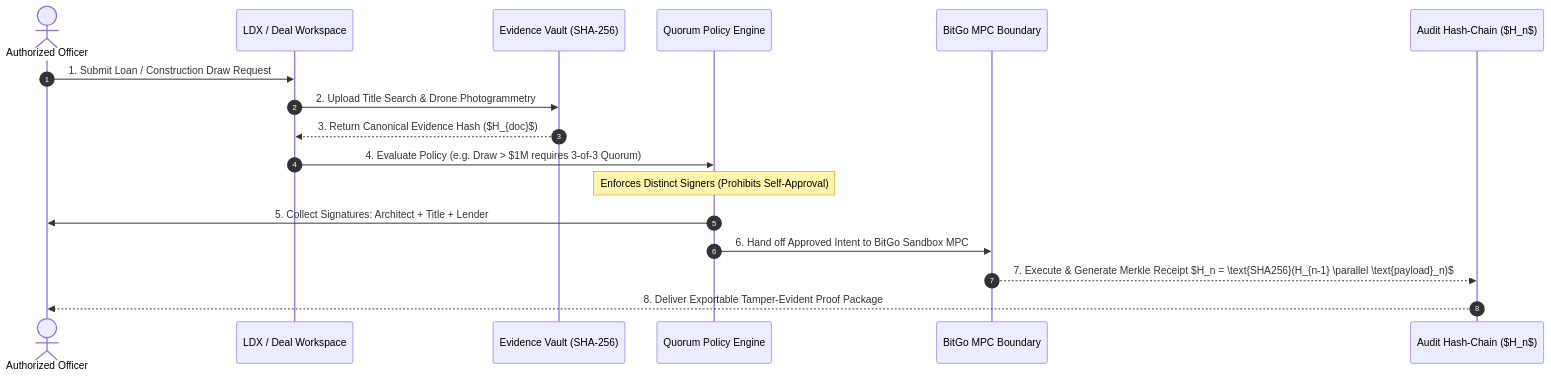
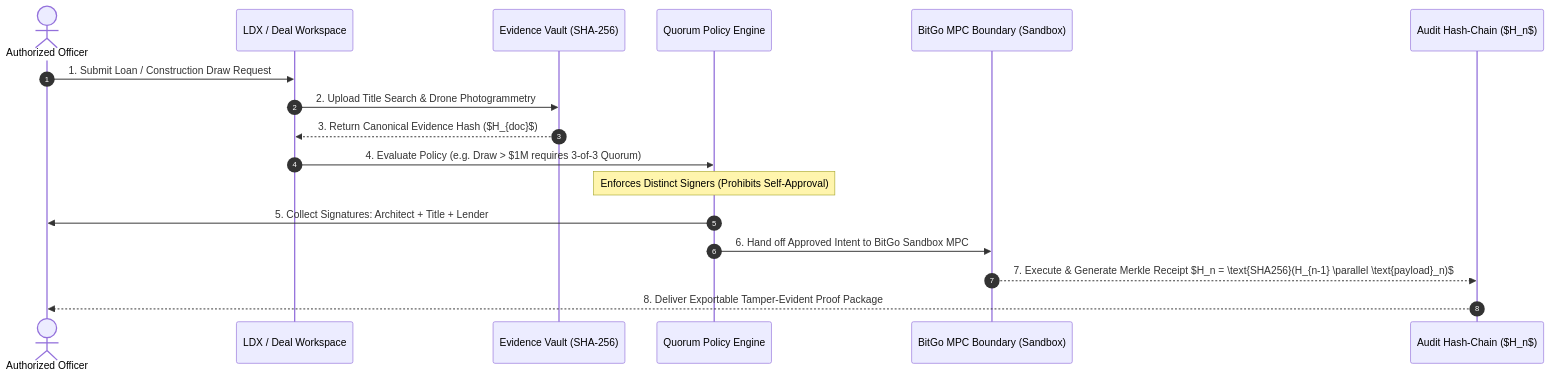
Before and after one commit to FTHTrading/whitelabel: the second of 3 diagrams in README.md, drawn with Mermaid. The commit also changed other lines of this file and 14 other files, not shown here.

````diff
--- a/README.md
+++ b/README.md
@@ -85,20 +90,20 @@
 ```mermaid
 sequenceDiagram
     autonumber
     actor Officer as Authorized Officer
     participant Desk as LDX / Deal Workspace
     participant Evidence as Evidence Vault (SHA-256)
     participant Policy as Quorum Policy Engine
-    participant Custody as BitGo MPC Boundary
+    participant Custody as BitGo MPC Boundary (Sandbox)
     participant Ledger as Audit Hash-Chain ($H_n$)
 
     Officer->>Desk: 1. Submit Loan / Construction Draw Request
     Desk->>Evidence: 2. Upload Title Search & Drone Photogrammetry
     Evidence-->>Desk: 3. Return Canonical Evidence Hash ($H_{doc}$)
     Desk->>Policy: 4. Evaluate Policy (e.g. Draw > $1M requires 3-of-3 Quorum)
     Note over Policy: Enforces Distinct Signers (Prohibits Self-Approval)
     Policy->>Officer: 5. Collect Signatures: Architect + Title + Lender
     Policy->>Custody: 6. Hand off Approved Intent to BitGo Sandbox MPC
     Custody-->>Ledger: 7. Execute & Generate Merkle Receipt $H_n = \text{SHA256}(H_{n-1} \parallel \text{payload}_n)$
     Ledger-->>Officer: 8. Deliver Exportable Tamper-Evident Proof Package
 ```
````
